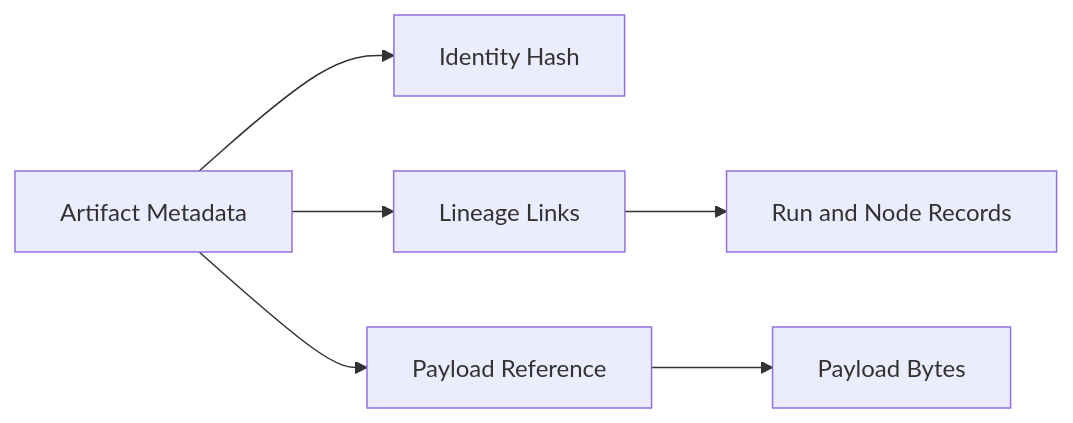
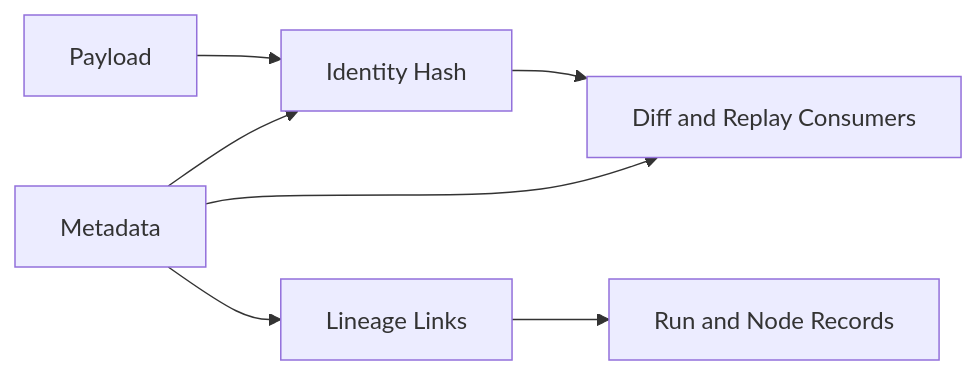
One commit to bijux/bijux-cli changed the diagram in docs/05-system-architecture/06-artifact-store.md. Above: the diagram before and after it, drawn with Mermaid. The commit also changed other lines of this file, not shown here.

Commit message:
docs(architecture): rewrite artifact store model around payload identity lineage and recovery expectations

````diff
--- a/docs/05-system-architecture/06-artifact-store.md
+++ b/docs/05-system-architecture/06-artifact-store.md
@@ -85,8 +18,9 @@
 ```mermaid
 graph LR
-  M[Artifact Metadata] --> I[Identity Hash]
+  P[Payload] --> H[Identity Hash]
+  M[Metadata] --> H
   M --> L[Lineage Links]
-  M --> P[Payload Reference]
-  P --> B[Payload Bytes]
   L --> R[Run and Node Records]
+  H --> D[Diff and Replay Consumers]
+  M --> D
 ```
````
